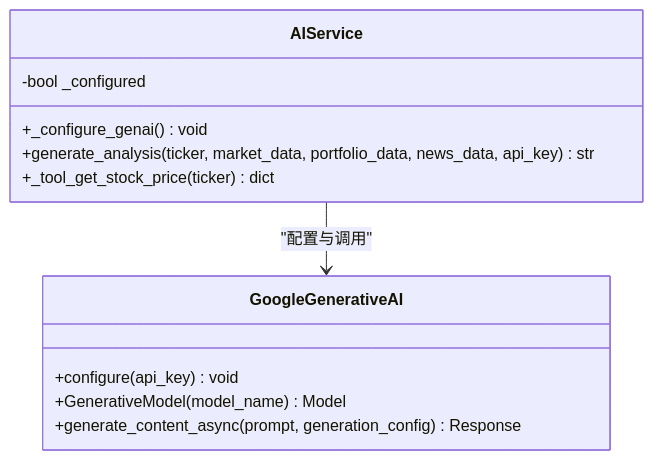
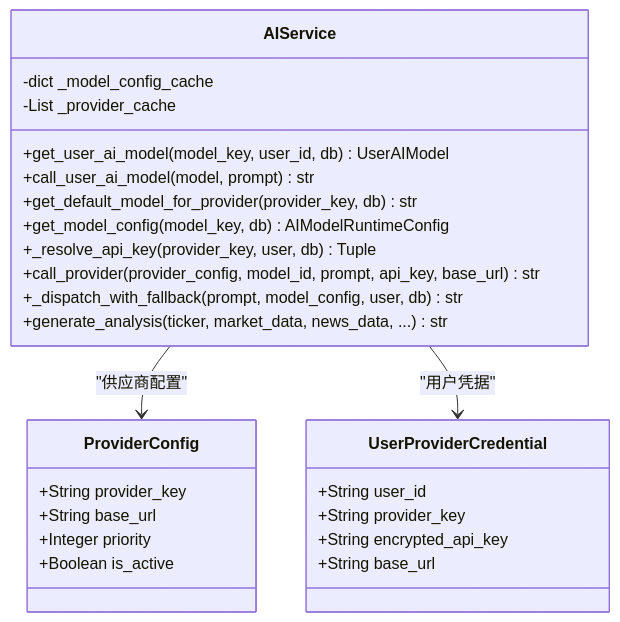
Before and after one commit to breeze-lyf/ai-stock-advisor: the third of 6 diagrams in .qoder/repowiki/zh/content/AI智能分析服务/Gemini AI集成.md, drawn with Mermaid. The commit also changed other lines of this file and 30 other files, not shown here.

Commit message:
feat: Migrate AI model preference from Gemini to DeepSeek-v3, increase AI service timeout, and add stock snapshot API.

````diff
--- a/.qoder/repowiki/zh/content/AI智能分析服务/Gemini AI集成.md
+++ b/.qoder/repowiki/zh/content/AI智能分析服务/Gemini AI集成.md
@@ -146,15 +180,29 @@
 ```mermaid
 classDiagram
 class AIService {
--bool _configured
-+_configure_genai() void
-+generate_analysis(ticker, market_data, portfolio_data, news_data, api_key) str
-+_tool_get_stock_price(ticker) dict
+-dict _model_config_cache
+-List _provider_cache
++get_user_ai_model(model_key, user_id, db) UserAIModel
++call_user_ai_model(model, prompt) str
++get_default_model_for_provider(provider_key, db) str
++get_model_config(model_key, db) AIModelRuntimeConfig
++_resolve_api_key(provider_key, user, db) Tuple
++call_provider(provider_config, model_id, prompt, api_key, base_url) str
++_dispatch_with_fallback(prompt, model_config, user, db) str
++generate_analysis(ticker, market_data, news_data, ...) str
 }
-class GoogleGenerativeAI {
-+configure(api_key) void
-+GenerativeModel(model_name) Model
-+generate_content_async(prompt, generation_config) Response
+class ProviderConfig {
++String provider_key
++String base_url
++Integer priority
++Boolean is_active
 }
-AIService --> GoogleGenerativeAI : "配置与调用"
+class UserProviderCredential {
++String user_id
++String provider_key
++String encrypted_api_key
++String base_url
+}
+AIService --> ProviderConfig : "供应商配置"
+AIService --> UserProviderCredential : "用户凭据"
 ```
````
